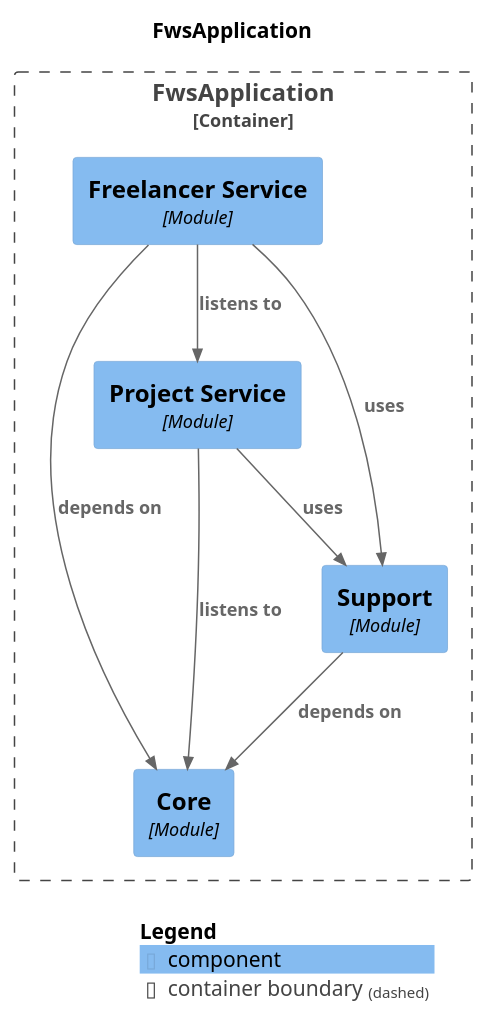
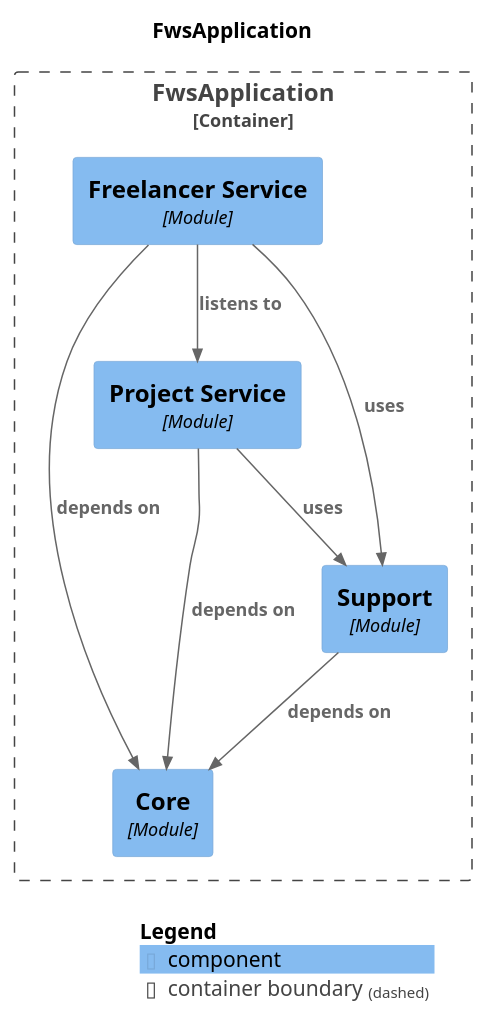
The diagram in docs/modules/components.puml (krloxz/fws-application), drawn with PlantUML before and after one commit. The commit also changed 29 other files, not shown here.

First line of the commit message:
Break cyclic dependencies between the freelancer and project services

```diff
--- a/docs/modules/components.puml
+++ b/docs/modules/components.puml
@@ -1,26 +1,26 @@
 @startuml
 set separator none
 title FwsApplication
 
 top to bottom direction
 
 !include <C4/C4>
 !include <C4/C4_Context>
 !include <C4/C4_Component>
 
 Container_Boundary("FwsApplication.FwsApplication_boundary", "FwsApplication", $tags="") {
   Component(FwsApplication.FwsApplication.Core, "Core", $techn="Module", $descr="", $tags="", $link="")
   Component(FwsApplication.FwsApplication.ProjectService, "Project Service", $techn="Module", $descr="", $tags="", $link="")
+  Component(FwsApplication.FwsApplication.Support, "Support", $techn="Module", $descr="", $tags="", $link="")
   Component(FwsApplication.FwsApplication.FreelancerService, "Freelancer Service", $techn="Module", $descr="", $tags="", $link="")
-  Component(FwsApplication.FwsApplication.Support, "Support", $techn="Module", $descr="", $tags="", $link="")
 }
 
+Rel(FwsApplication.FwsApplication.FreelancerService, FwsApplication.FwsApplication.Core, "depends on", $techn="", $tags="", $link="")
 Rel(FwsApplication.FwsApplication.FreelancerService, FwsApplication.FwsApplication.Support, "uses", $techn="", $tags="", $link="")
+Rel(FwsApplication.FwsApplication.ProjectService, FwsApplication.FwsApplication.Core, "depends on", $techn="", $tags="", $link="")
+Rel(FwsApplication.FwsApplication.ProjectService, FwsApplication.FwsApplication.Support, "uses", $techn="", $tags="", $link="")
 Rel(FwsApplication.FwsApplication.Support, FwsApplication.FwsApplication.Core, "depends on", $techn="", $tags="", $link="")
-Rel(FwsApplication.FwsApplication.ProjectService, FwsApplication.FwsApplication.Core, "listens to", $techn="", $tags="", $link="")
-Rel(FwsApplication.FwsApplication.ProjectService, FwsApplication.FwsApplication.Support, "uses", $techn="", $tags="", $link="")
 Rel(FwsApplication.FwsApplication.FreelancerService, FwsApplication.FwsApplication.ProjectService, "listens to", $techn="", $tags="", $link="")
-Rel(FwsApplication.FwsApplication.FreelancerService, FwsApplication.FwsApplication.Core, "depends on", $techn="", $tags="", $link="")
 
 SHOW_LEGEND(true)
 @enduml
```
